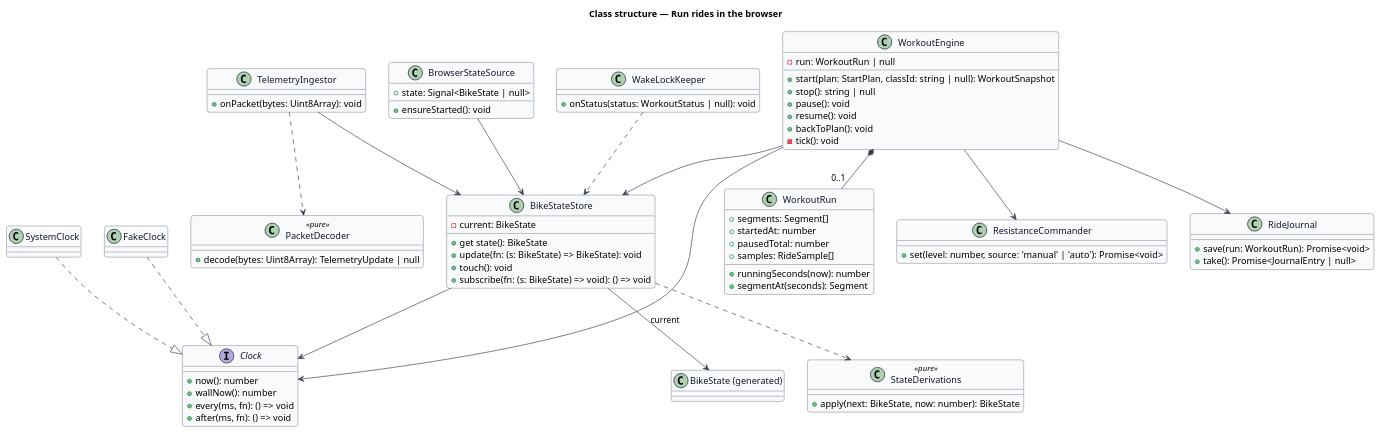
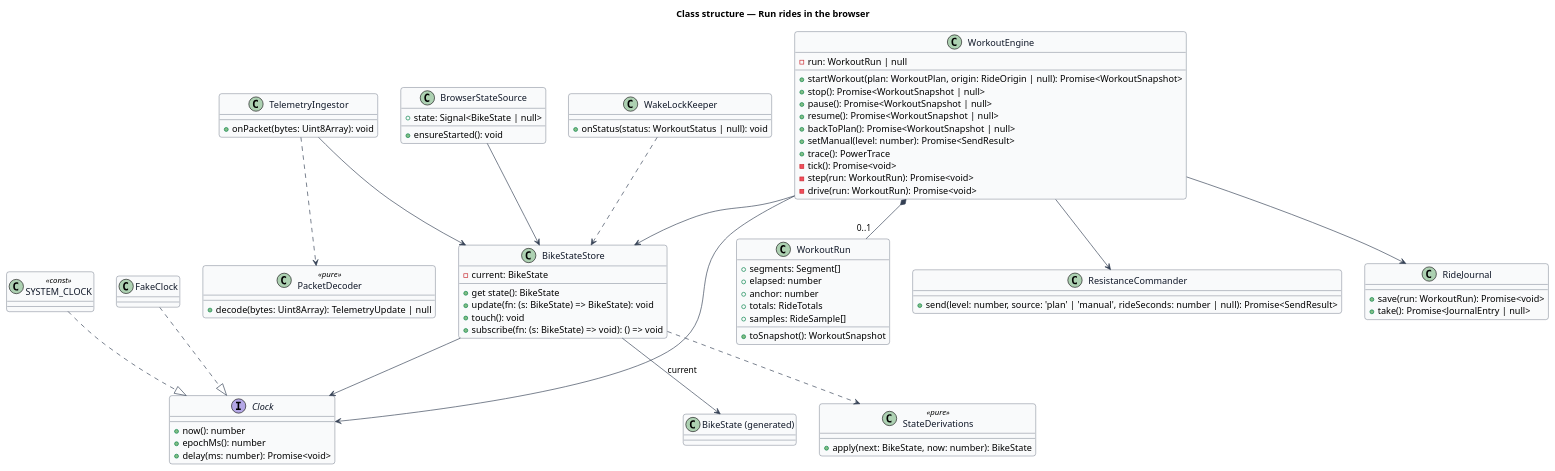
Before and after one commit to QuinntyneBrown/ride-one: the diagram in docs/detailed-designs/browser-edition/run-rides-in-browser/diagrams/class-structure.puml, drawn with PlantUML. The commit also changed 25 other files, not shown here.

```diff
--- a/docs/detailed-designs/browser-edition/run-rides-in-browser/diagrams/class-structure.puml
+++ b/docs/detailed-designs/browser-edition/run-rides-in-browser/diagrams/class-structure.puml
@@ -1,85 +1,88 @@
 @startuml
 skinparam backgroundColor #FFFFFF
 skinparam shadowing false
 skinparam roundcorner 8
 skinparam defaultFontName Arial
 skinparam ArrowColor #344054
 skinparam class {
   BorderColor #344054
   FontColor #101828
   BackgroundColor #F9FAFB
 }
 title Class structure — Run rides in the browser
 
 interface Clock {
   +now(): number
-  +wallNow(): number
-  +every(ms, fn): () => void
-  +after(ms, fn): () => void
+  +epochMs(): number
+  +delay(ms: number): Promise<void>
 }
-class SystemClock
+class SYSTEM_CLOCK <<const>>
 class FakeClock
 class BikeStateStore {
   -current: BikeState
   +get state(): BikeState
   +update(fn: (s: BikeState) => BikeState): void
   +touch(): void
   +subscribe(fn: (s: BikeState) => void): () => void
 }
 class StateDerivations <<pure>> {
   +apply(next: BikeState, now: number): BikeState
 }
 class PacketDecoder <<pure>> {
   +decode(bytes: Uint8Array): TelemetryUpdate | null
 }
 class TelemetryIngestor {
   +onPacket(bytes: Uint8Array): void
 }
 class WorkoutEngine {
   -run: WorkoutRun | null
-  +start(plan: StartPlan, classId: string | null): WorkoutSnapshot
-  +stop(): string | null
-  +pause(): void
-  +resume(): void
-  +backToPlan(): void
-  -tick(): void
+  +startWorkout(plan: WorkoutPlan, origin: RideOrigin | null): Promise<WorkoutSnapshot>
+  +stop(): Promise<WorkoutSnapshot | null>
+  +pause(): Promise<WorkoutSnapshot | null>
+  +resume(): Promise<WorkoutSnapshot | null>
+  +backToPlan(): Promise<WorkoutSnapshot | null>
+  +setManual(level: number): Promise<SendResult>
+  +trace(): PowerTrace
+  -tick(): Promise<void>
+  -step(run: WorkoutRun): Promise<void>
+  -drive(run: WorkoutRun): Promise<void>
 }
 class WorkoutRun {
   +segments: Segment[]
-  +startedAt: number
-  +pausedTotal: number
+  +elapsed: number
+  +anchor: number
+  +totals: RideTotals
   +samples: RideSample[]
-  +runningSeconds(now): number
-  +segmentAt(seconds): Segment
+  +toSnapshot(): WorkoutSnapshot
 }
 class ResistanceCommander {
-  +set(level: number, source: 'manual' | 'auto'): Promise<void>
+  +send(level: number, source: 'plan' | 'manual', rideSeconds: number | null): Promise<SendResult>
 }
 class BrowserStateSource {
   +state: Signal<BikeState | null>
   +ensureStarted(): void
 }
 class RideJournal {
   +save(run: WorkoutRun): Promise<void>
   +take(): Promise<JournalEntry | null>
 }
 class WakeLockKeeper {
   +onStatus(status: WorkoutStatus | null): void
 }
 class "BikeState (generated)" as BikeState
 
-SystemClock ..|> Clock
+SYSTEM_CLOCK ..|> Clock
 FakeClock ..|> Clock
 BikeStateStore ..> StateDerivations
 BikeStateStore --> Clock
 BikeStateStore --> BikeState : current
 TelemetryIngestor ..> PacketDecoder
 TelemetryIngestor --> BikeStateStore
 WorkoutEngine --> Clock
 WorkoutEngine *-- "0..1" WorkoutRun
 WorkoutEngine --> ResistanceCommander
 WorkoutEngine --> BikeStateStore
 WorkoutEngine --> RideJournal
 BrowserStateSource --> BikeStateStore
 WakeLockKeeper ..> BikeStateStore
 @enduml
```
